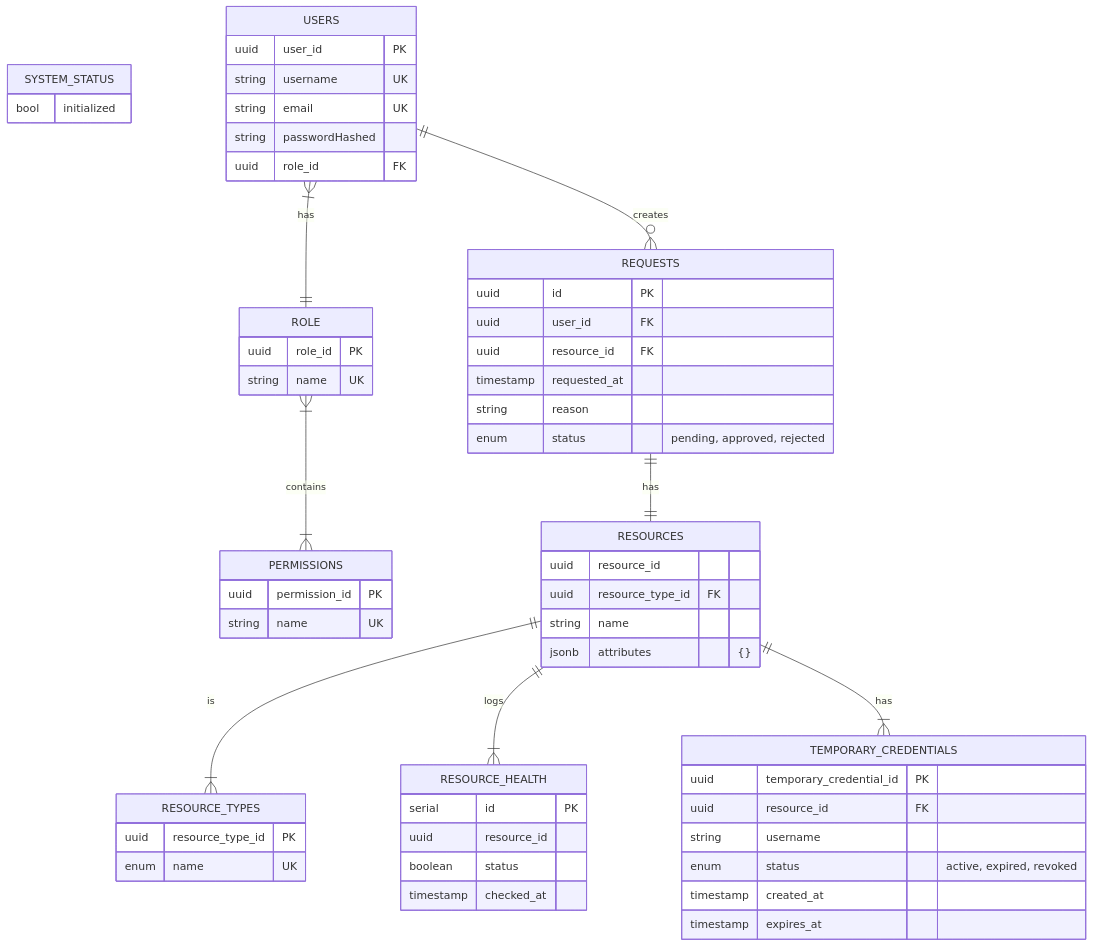
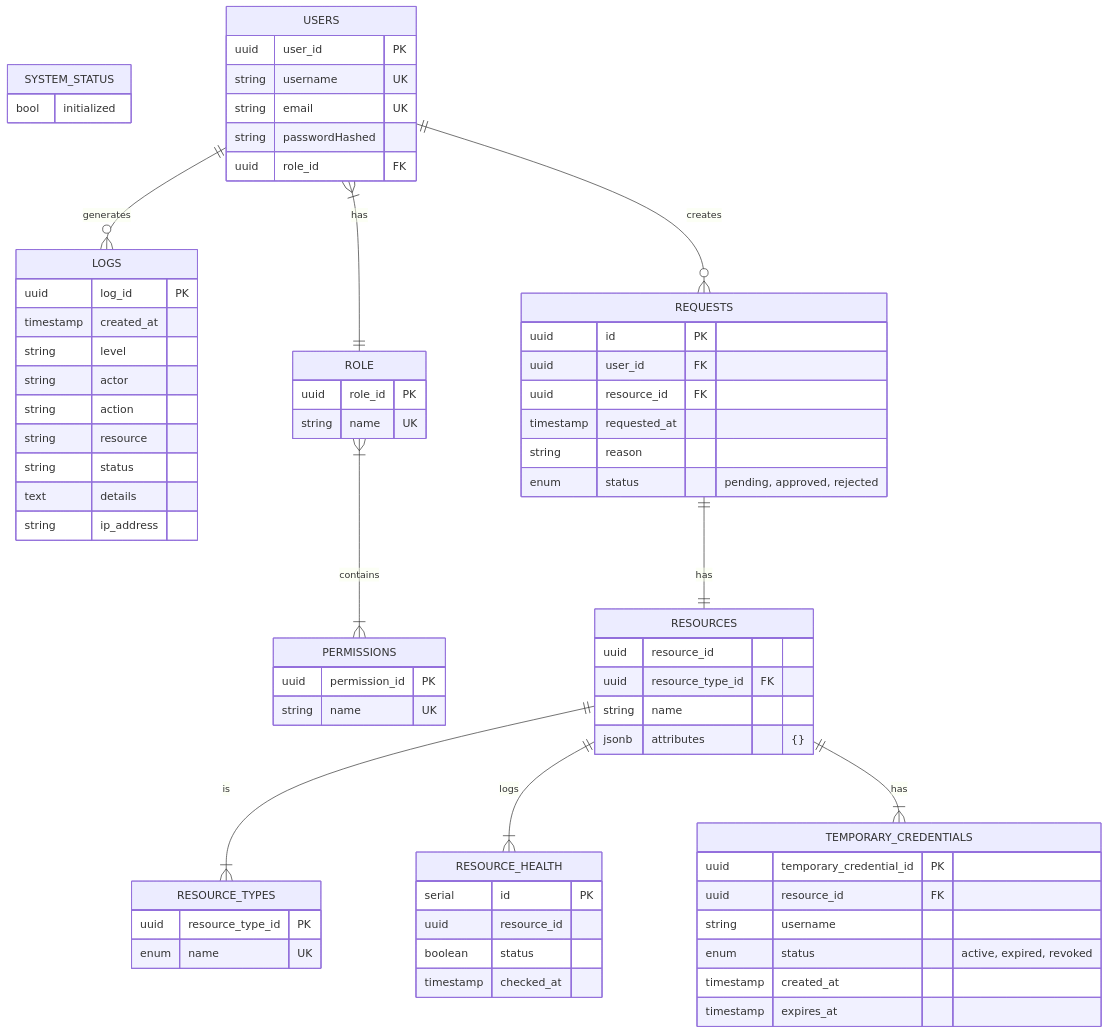
The diagram in docs/erd-diagram.mmd (BrayanYinLin/broker-access), drawn with Mermaid before and after one commit. The commit also changed 20 other files, not shown here.

```diff
--- a/docs/erd-diagram.mmd
+++ b/docs/erd-diagram.mmd
@@ -1,66 +1,86 @@
 erDiagram
     SYSTEM_STATUS {
       bool initialized
     }
+
+    %% Comentarios sobre actor:
+    %% - actor = user_id → Usuario autenticado
+    %% - actor = admin_id → Administrador
+    %% - actor = 'system' → Evento automático del backend
+    %% - actor = 'nginx' → Proxy / cliente externo
+
+    LOGS {
+      uuid log_id PK
+      timestamp created_at
+      string level
+      string actor
+      string action
+      string resource
+      string status
+      text details
+      string ip_address
+    }
+
+    USERS ||--o{ LOGS : "generates"
 
     USERS }|--|| ROLE : has
     USERS ||--o{ REQUESTS : creates 
     USERS {
         uuid user_id PK
         string username UK
         string email UK
         string passwordHashed
         uuid role_id FK
     }
 
     ROLE }|--|{ PERMISSIONS : contains
     ROLE {
         uuid role_id PK
         string name UK
     }
 
     PERMISSIONS {
       uuid permission_id PK
       string name UK
     }
 
     RESOURCES ||--|{ RESOURCE_TYPES : is
     RESOURCES ||--|{ RESOURCE_HEALTH : logs
     RESOURCES ||--|{ TEMPORARY_CREDENTIALS : has
     RESOURCES {
       uuid resource_id
       uuid resource_type_id FK
       string name
       jsonb attributes "{}"
     }
 
     RESOURCE_TYPES {
       uuid resource_type_id PK
       enum name UK
     }
 
     REQUESTS ||--|| RESOURCES : has
     REQUESTS {
       uuid id PK
       uuid user_id FK
       uuid resource_id FK
       timestamp requested_at
       string reason
       enum status "pending, approved, rejected"
     }
 
     RESOURCE_HEALTH {
       serial id PK
       uuid resource_id
       boolean status
       timestamp checked_at
     }
 
     TEMPORARY_CREDENTIALS {
       uuid temporary_credential_id PK
       uuid resource_id FK
       string username
       enum status "active, expired, revoked"
       timestamp created_at
       timestamp expires_at
     }
```
